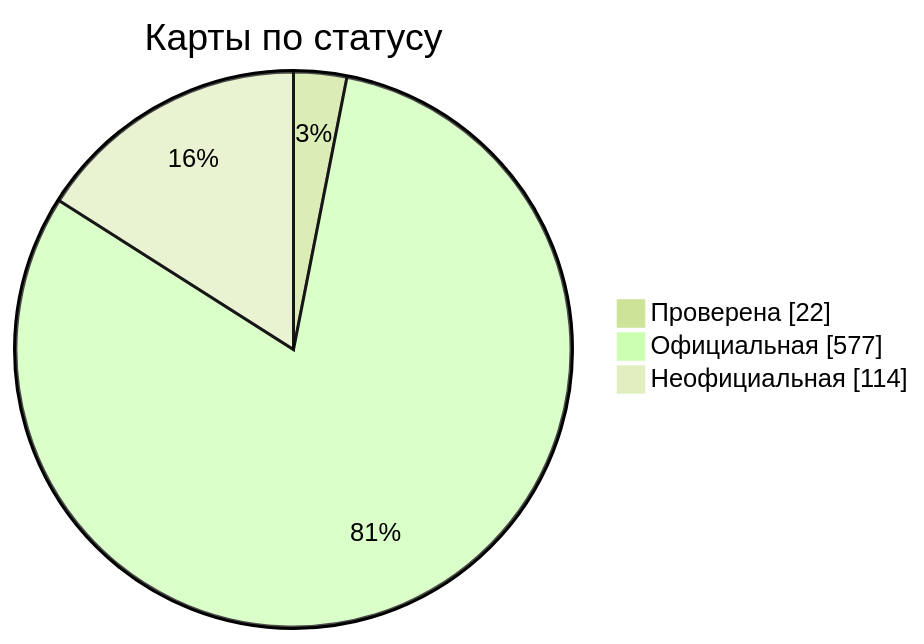
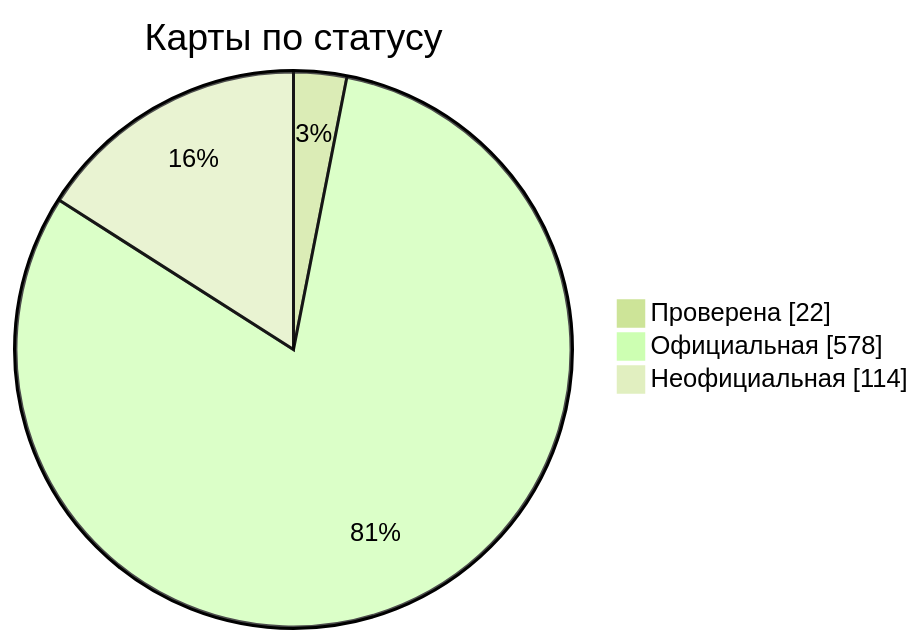
One commit to nobrega8/mbmap-library changed the diagram in docs/readme/README_RU.md. Above: the diagram before and after it, drawn with Mermaid (forest theme). The commit also changed 6 other files, not shown here.

````diff
--- a/docs/readme/README_RU.md
+++ b/docs/readme/README_RU.md
@@ -54,7 +54,7 @@
 ```mermaid
 pie showData
     title Карты по статусу
     "Проверена" : 22
-    "Официальная" : 577
+    "Официальная" : 578
     "Неофициальная" : 114
 ```
````
